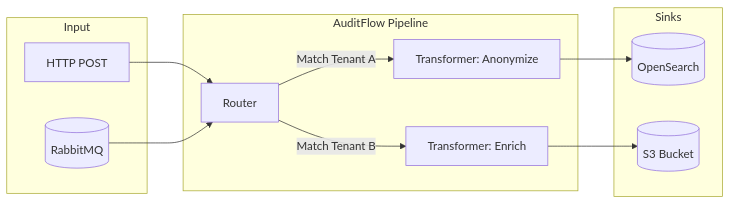
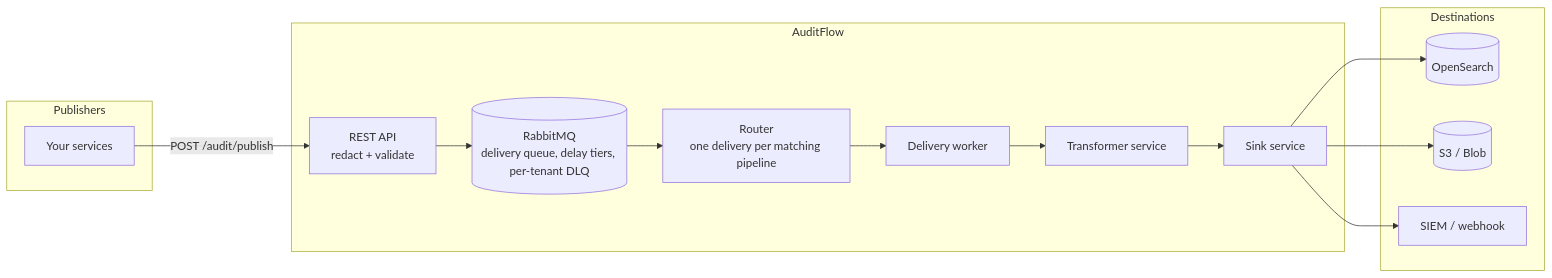
The diagram in modules/auditflow/index.md (Labs64/labs64.io-docs), drawn with Mermaid before and after one commit. The commit also changed other lines of this file and 6 other files, not shown here.

Commit message:
Revisit AuditFlow README.md

````diff
--- a/modules/auditflow/index.md
+++ b/modules/auditflow/index.md
@@ -25,27 +32,27 @@
 ```mermaid
 flowchart LR
-    subgraph Input
-        API[HTTP POST]
-        MQ[(RabbitMQ)]
+    subgraph Publishers
+        S1[Your services]
     end
-    
-    subgraph AuditFlow Pipeline
-        R[Router]
-        T1[Transformer: Anonymize]
-        T2[Transformer: Enrich]
+
+    subgraph AuditFlow
+        API[REST API<br/>redact + validate]
+        MQ[(RabbitMQ<br/>delivery queue, delay tiers, per-tenant DLQ)]
+        R[Router<br/>one delivery per matching pipeline]
+        W[Delivery worker]
+        T[Transformer service]
+        K[Sink service]
     end
-    
-    subgraph Sinks
-        S1[(OpenSearch)]
-        S2[(S3 Bucket)]
+
+    subgraph Destinations
+        D1[(OpenSearch)]
+        D2[(S3 / Blob)]
+        D3[SIEM / webhook]
     end
-    
-    API --> R
-    MQ --> R
-    
-    R -->|"Match Tenant A"| T1
-    T1 --> S1
-    
-    R -->|"Match Tenant B"| T2
-    T2 --> S2
+
+    S1 -->|POST /audit/publish| API --> MQ --> R --> W
+    W --> T --> K
+    K --> D1
+    K --> D2
+    K --> D3
 ```
````
